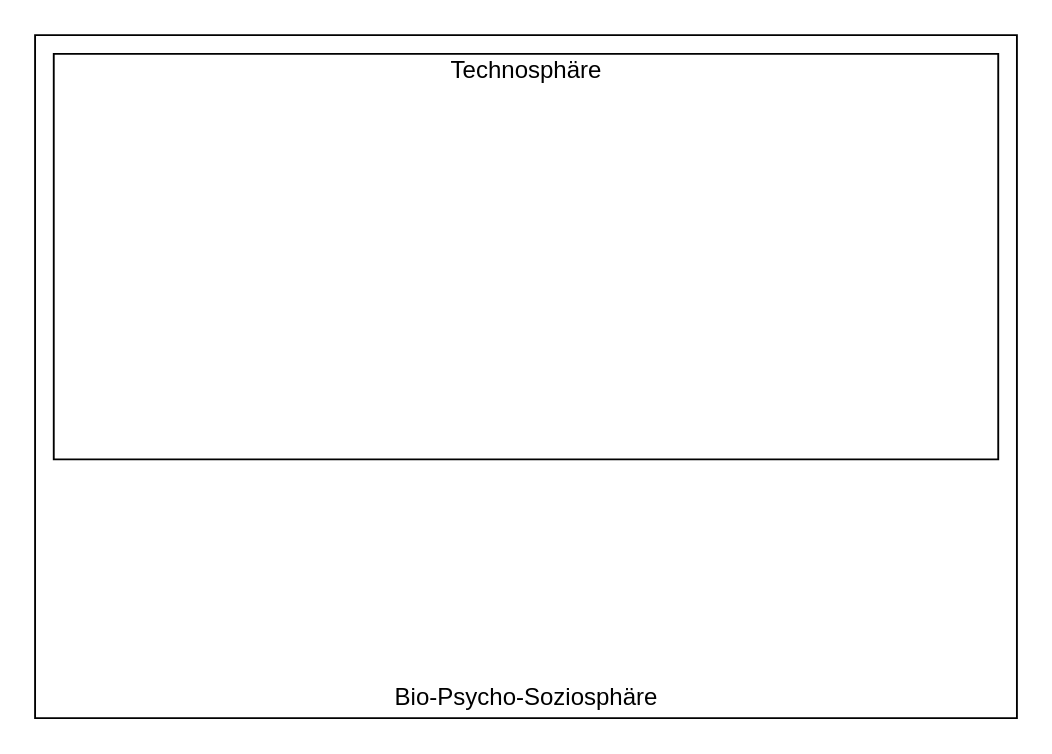
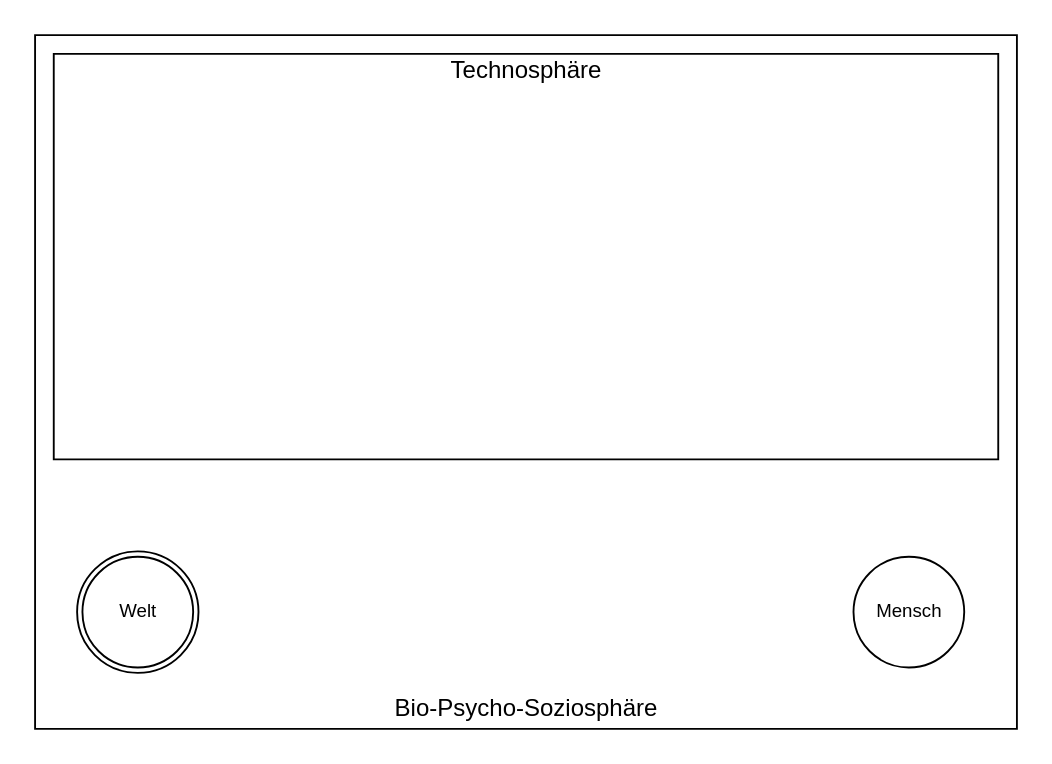
One commit to j0hnhaas/reality-digitality-ai changed the diagram in diagram/bio-psycho-soziosphaere.dot. Above: the diagram before and after it, drawn with Graphviz.

Commit message:
Place Welt and Mensch in lower diagram area

```diff
--- a/diagram/bio-psycho-soziosphaere.dot
+++ b/diagram/bio-psycho-soziosphaere.dot
@@ -1,63 +1,103 @@
 digraph BioPsychoSoziosphaere {
   graph [
     charset="UTF-8",
     bgcolor="white",
     rankdir="TB",
     ranksep="0.20",
     pad="0.15",
     fontname="Arial"
   ];
 
   node [
     fontname="Arial"
   ];
 
   subgraph cluster_bio_psycho_soziosphaere {
     label="Bio-Psycho-Soziosphäre";
     labelloc="b";
     labeljust="c";
     fontsize="18";
     fontname="Arial";
     color="black";
     fontcolor="black";
     penwidth="1.4";
     style="solid";
     margin="14";
 
     subgraph cluster_technosphaere {
       label="Technosphäre";
       labelloc="t";
       labeljust="c";
       fontsize="18";
       fontname="Arial";
       color="black";
       fontcolor="black";
       penwidth="1.4";
       style="solid";
       margin="12";
 
       technosphaere_flaeche [
         label="",
         shape="box",
         width="9.50",
         height="3.50",
         fixedsize="true",
         style="invis"
       ];
     }
 
-    untere_flaeche [
+    zwischenraum_unten [
       label="",
       shape="box",
       width="9.50",
-      height="2.00",
+      height="0.65",
       fixedsize="true",
       style="invis"
     ];
 
-    technosphaere_flaeche -> untere_flaeche [
+    {
+      rank="same";
+
+      welt [
+        label="Welt",
+        shape="doublecircle",
+        width="1.15",
+        height="1.15",
+        fixedsize="true",
+        color="black",
+        fontcolor="black",
+        penwidth="1.4"
+      ];
+
+      abstand_welt_mensch [
+        label="",
+        shape="box",
+        width="6.30",
+        height="0.01",
+        fixedsize="true",
+        style="invis"
+      ];
+
+      mensch [
+        label="Mensch",
+        shape="circle",
+        width="1.15",
+        height="1.15",
+        fixedsize="true",
+        color="black",
+        fontcolor="black",
+        penwidth="1.4"
+      ];
+    }
+
+    welt -> abstand_welt_mensch -> mensch [
+      style="invis",
+      weight="100"
+    ];
+
+    technosphaere_flaeche -> zwischenraum_unten -> abstand_welt_mensch [
       style="invis",
       weight="100"
     ];
   }
 }
```
